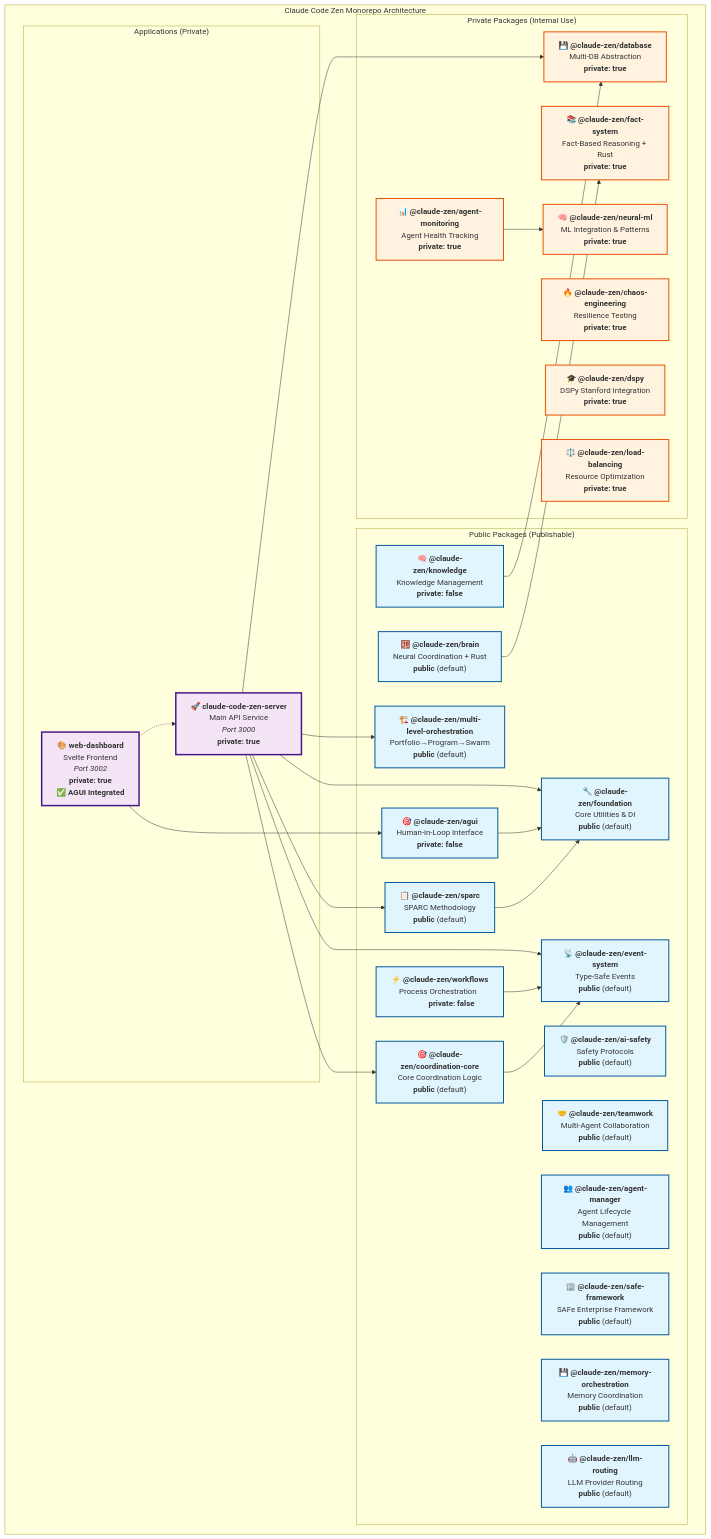
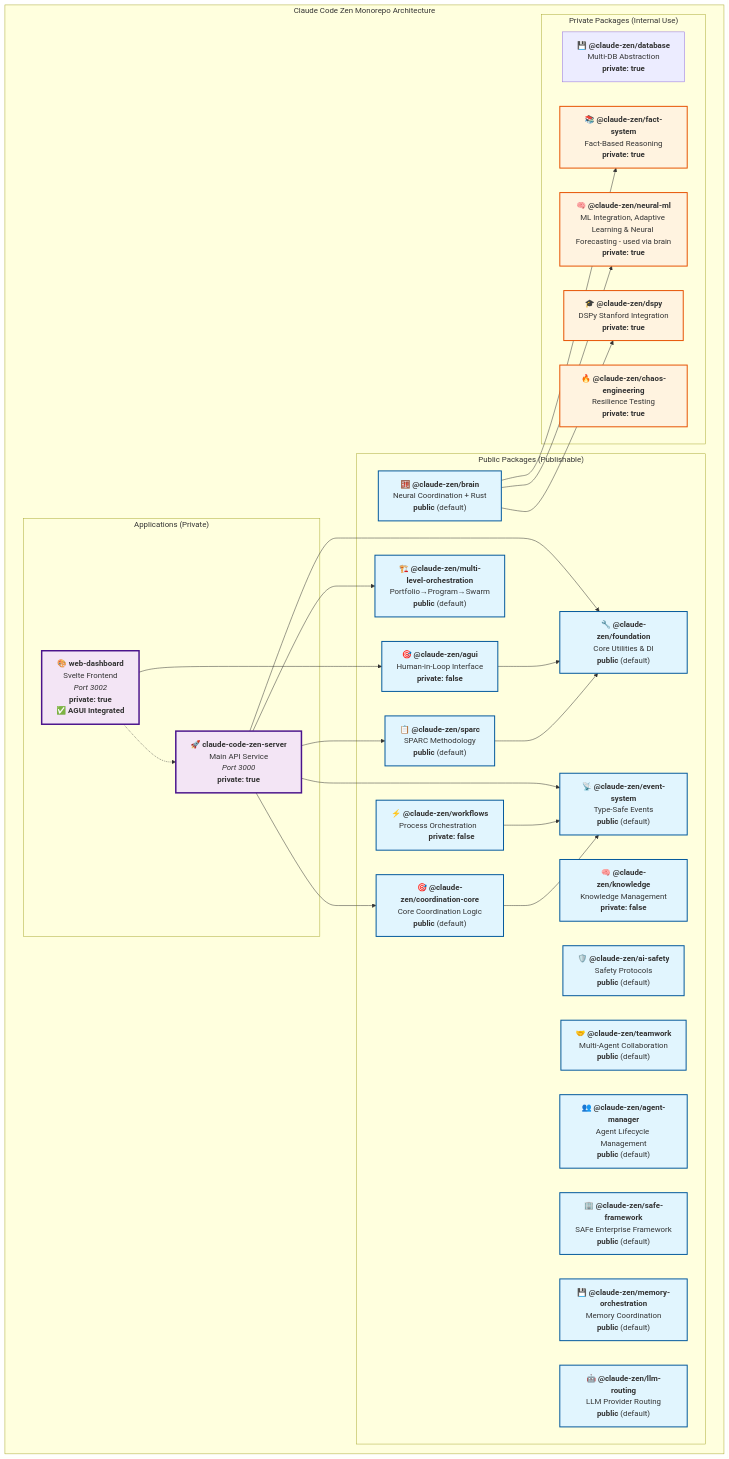
One commit to mikkihugo/zenflow changed the first of 2 diagrams in CLAUDE.md. Above: the diagram before and after it, drawn with Mermaid. The commit also changed other lines of this file and 505 other files, not shown here.

````diff
--- a/CLAUDE.md
+++ b/CLAUDE.md
@@ -168,17 +165,11 @@
             DSPY["`🎓 **@claude-zen/dspy**
             DSPy Stanford Integration
             **private: true**`"]
-            LOAD_BALANCING["`⚖️ **@claude-zen/load-balancing**
-            Resource Optimization
-            **private: true**`"]
-            AGENT_MONITORING["`📊 **@claude-zen/agent-monitoring**
-            Agent Health Tracking
-            **private: true**`"]
             FACT_SYSTEM["`📚 **@claude-zen/fact-system**
-            Fact-Based Reasoning + Rust
+            Fact-Based Reasoning
             **private: true**`"]
             NEURAL_ML["`🧠 **@claude-zen/neural-ml**
-            ML Integration & Patterns
+            ML Integration, Adaptive Learning & Neural Forecasting - used via brain
             **private: true**`"]
         end
     end
@@ -189,24 +180,23 @@
     SERVER --> COORDINATION_CORE
     SERVER --> SPARC
     SERVER --> MULTI_LEVEL
-    SERVER --> DATABASE
     
     DASHBOARD --> AGUI
     DASHBOARD -.-> SERVER
     
     AGUI --> FOUNDATION
     WORKFLOWS --> EVENT_SYSTEM
-    KNOWLEDGE --> DATABASE
     COORDINATION_CORE --> EVENT_SYSTEM
     SPARC --> FOUNDATION
     BRAIN --> FACT_SYSTEM
-    AGENT_MONITORING --> NEURAL_ML
+    BRAIN --> NEURAL_ML
+    BRAIN --> DSPY
     
     classDef publicPkg fill:#e1f5fe,stroke:#01579b,stroke-width:2px
     classDef privatePkg fill:#fff3e0,stroke:#e65100,stroke-width:2px
     classDef appPkg fill:#f3e5f5,stroke:#4a148c,stroke-width:3px
     
     class AGUI,WORKFLOWS,KNOWLEDGE,FOUNDATION,EVENT_SYSTEM,BRAIN,AI_SAFETY,TEAMWORK,AGENT_MANAGER,COORDINATION_CORE,SPARC,MULTI_LEVEL,SAFE_FRAMEWORK,MEMORY_ORCH,LLM_ROUTING publicPkg
-    class DATABASE,CHAOS,DSPY,LOAD_BALANCING,AGENT_MONITORING,FACT_SYSTEM,NEURAL_ML privatePkg
+    class CHAOS,DSPY,FACT_SYSTEM,NEURAL_ML privatePkg
     class SERVER,DASHBOARD appPkg
 ```
````
